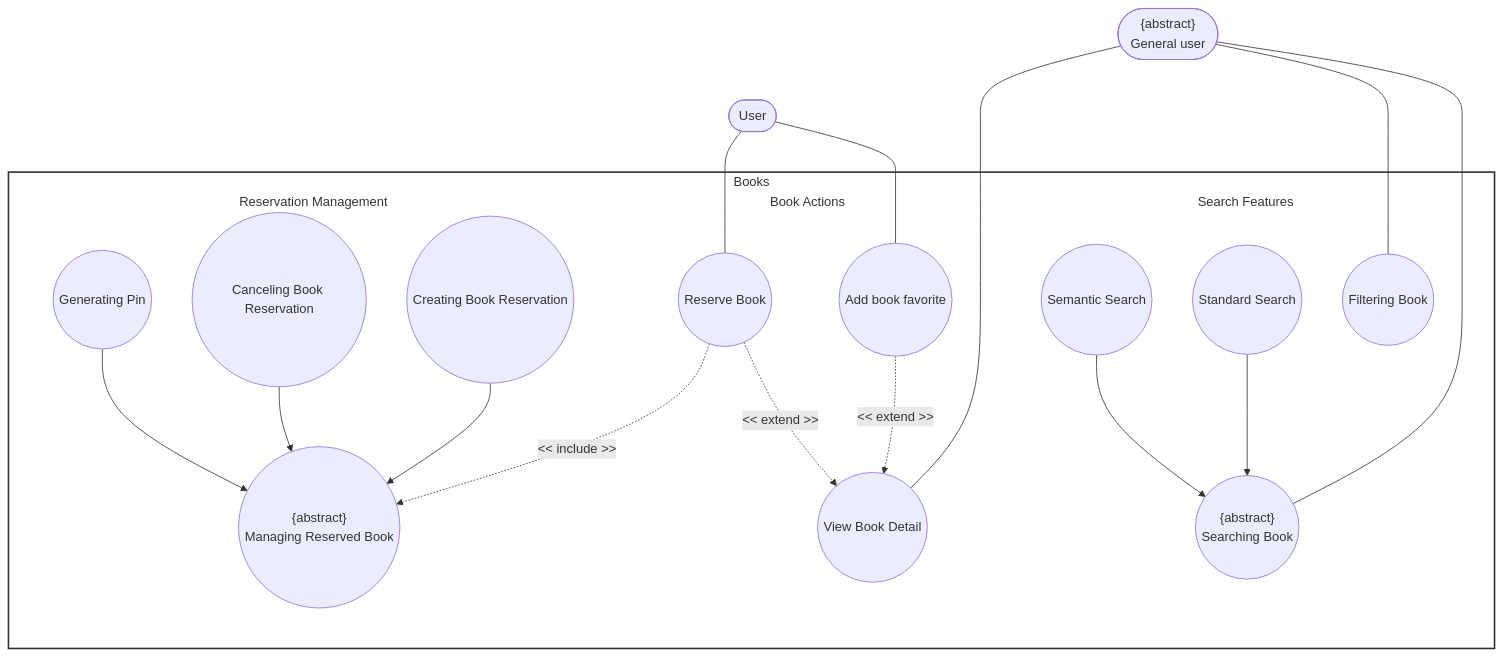
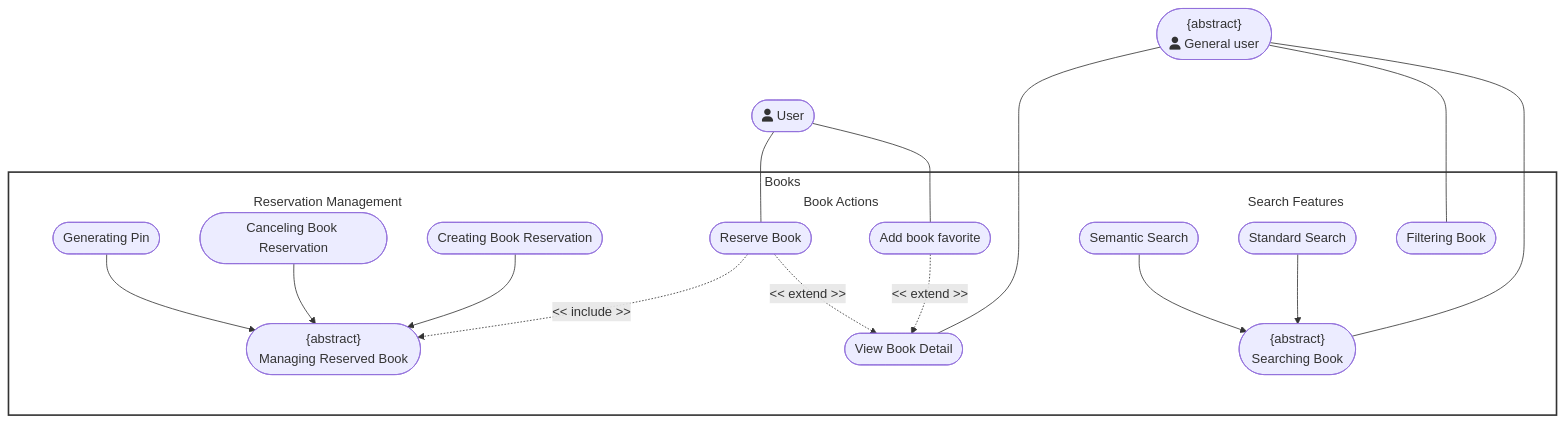
One commit to DuyNhat1705/AmeThyst-Library changed the fourth of 9 diagrams in docs/management/PA3/Use-CaseDiagram.md. Above: the diagram before and after it, drawn with Mermaid. The commit also changed other lines of this file, not shown here.

Commit message:
update icon for UC diagram

````diff
--- a/docs/management/PA3/Use-CaseDiagram.md
+++ b/docs/management/PA3/Use-CaseDiagram.md
@@ -202,65 +144,65 @@
 ```mermaid
 flowchart TD
     %% Actors 
-    Actor1(["<center>{abstract} <br> General user</center>"])
-    Actor2(["User"])
+    Actor1(["<center>{abstract} <br> fa:fa-user General user</center>"])
+    Actor2(["fa:fa-user User"])
 
     %% System Boundary Subgraph
     subgraph BooksSystem [Books]
         %% Column 1: Search & Filter Features
         subgraph SearchBlock [Search Features]
-            UC_StdSearch((Standard Search))
-            UC_SemSearch((Semantic Search))
-            UC_AbsSearching(("<center>{abstract}<br>Searching Book</center>"))
-            UC_Filter((Filtering Book))
+            UC_StdSearch([Standard Search])
+            UC_SemSearch([Semantic Search])
+            UC_AbsSearching(["<center>{abstract}<br>Searching Book</center>"])
+            UC_Filter([Filtering Book])
         end
         
         %% Column 2: Book Actions
         subgraph ActionBlock [Book Actions]
-            UC_ViewDetail((View Book Detail))
-            UC_AddFav((Add book favorite))
-            UC_Reserve((Reserve Book))
+            UC_ViewDetail([View Book Detail])
+            UC_AddFav([Add book favorite])
+            UC_Reserve([Reserve Book])
         end
         
         %% Column 3: Reservation Management
         subgraph ReserveBlock [Reservation Management]
-            UC_AbsManageReserve(("<center>{abstract}<br>Managing Reserved Book</center>"))
-            UC_CreateReserve((Creating Book Reservation))
-            UC_CancelReserve((Canceling Book Reservation))
-            UC_GenPin((Generating Pin))
+            UC_AbsManageReserve(["<center>{abstract}<br>Managing Reserved Book</center>"])
+            UC_CreateReserve([Creating Book Reservation])
+            UC_CancelReserve([Canceling Book Reservation])
+            UC_GenPin([Generating Pin])
         end
     end
 
     %% -------------------------------------------------------------
     %% Actor Associations
     %% -------------------------------------------------------------
     Actor1 --- UC_AbsSearching
     Actor1 --- UC_Filter
     Actor1 --- UC_ViewDetail
     Actor2 --- UC_AddFav
     Actor2 --- UC_Reserve
     Actor1 ~~~ Actor2
 
     %% -------------------------------------------------------------
     %% Generalization Relationships
     %% -------------------------------------------------------------
     UC_StdSearch --> UC_AbsSearching
     UC_SemSearch --> UC_AbsSearching
     
     UC_CreateReserve --> UC_AbsManageReserve
     UC_CancelReserve --> UC_AbsManageReserve
     UC_GenPin --> UC_AbsManageReserve
 
     %% -------------------------------------------------------------
     %% Extend & Include Relationships
     %% -------------------------------------------------------------
     UC_AddFav -. "<< extend >>" .-> UC_ViewDetail
     UC_Reserve -. "<< extend >>" .-> UC_ViewDetail
     UC_Reserve -. "<< include >>" .-> UC_AbsManageReserve
 
     %% Styling
     style BooksSystem fill:#fff,stroke:#333,stroke-width:2px
     style SearchBlock fill:none,stroke:none
     style ActionBlock fill:none,stroke:none
     style ReserveBlock fill:none,stroke:none
 ```
````
